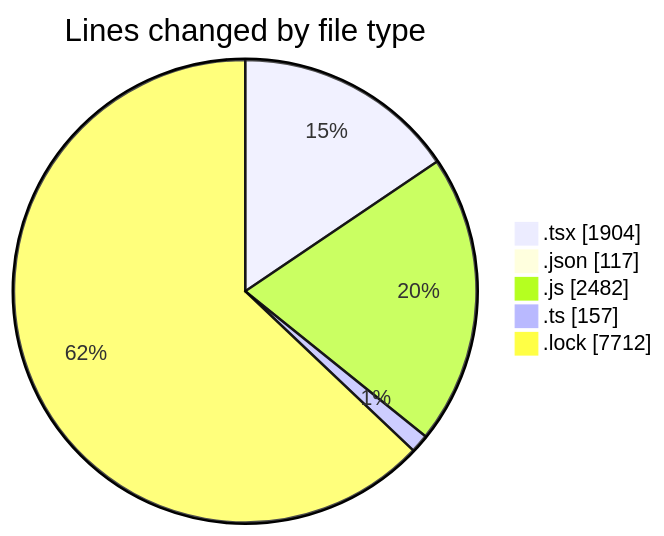
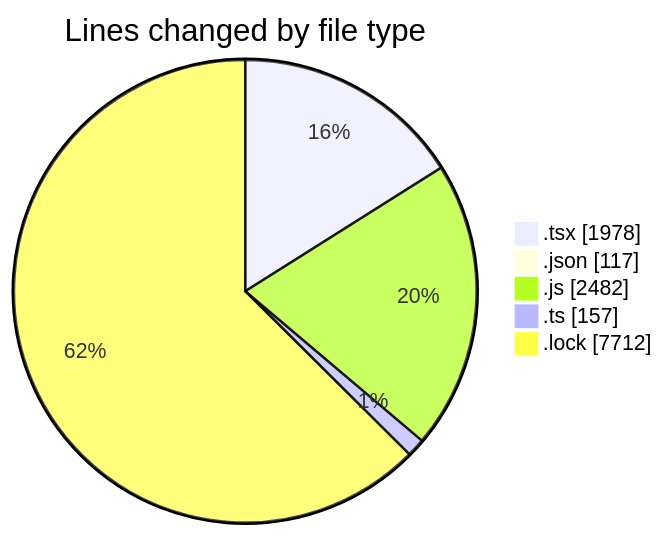
Before and after one commit to momahboobian/code-tracking: the first of 2 diagrams in 2025-04-28/cda/README.md, drawn with Mermaid. The commit also changed other lines of this file and 1 other file, not shown here.

````diff
--- a/2025-04-28/cda/README.md
+++ b/2025-04-28/cda/README.md
@@ -34,9 +34,9 @@
 ```mermaid
 pie showData
 title Lines changed by file type
-".tsx" : 1904
+".tsx" : 1978
 ".json" : 117
 ".js" : 2482
 ".ts" : 157
 ".lock" : 7712
 ```
````
